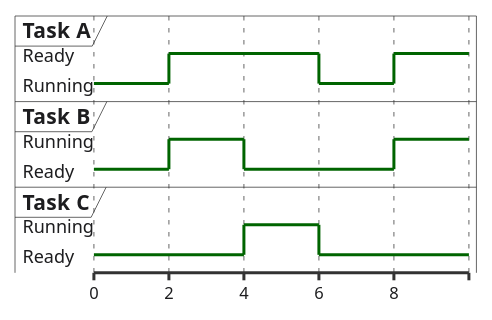
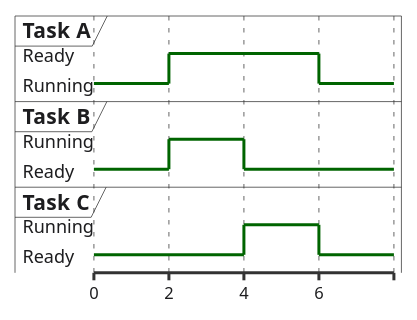
One commit to dantschi/echtzeitsysteme changed the fourth of 8 diagrams in vorlesungen/02_scheduling-theorie.qmd. Above: the diagram before and after it, drawn with PlantUML. The commit also changed other lines of this file and 1 other file, not shown here.

````diff
--- a/vorlesungen/02_scheduling-theorie.qmd
+++ b/vorlesungen/02_scheduling-theorie.qmd
@@ -443,41 +474,30 @@
 ```{.plantuml}
 @startuml
 skinparam backgroundColor transparent
 skinparam defaultFontName "Inter, sans-serif"
 skinparam defaultFontColor #1D1D1F
 skinparam ArrowColor #86868B
-skinparam NoteBackgroundColor #F5F5F7
-skinparam NoteBorderColor #E5E5EA
 skinparam timing {
   BackgroundColor #FFFFFF
   BorderColor #E5E5EA
   LineColor #1D1D1F
   SignalColor #E2001A
 }
-
 robust "Task A" as TA
 robust "Task B" as TB
 robust "Task C" as TC
-
 @0
 TA is Running
 TB is Ready
 TC is Ready
-
 @2
 TA is Ready
 TB is Running
-
 @4
 TB is Ready
 TC is Running
-
 @6
 TC is Ready
 TA is Running
-
-@8
-TA is Ready
-TB is Running
 @enduml
 ```
````
